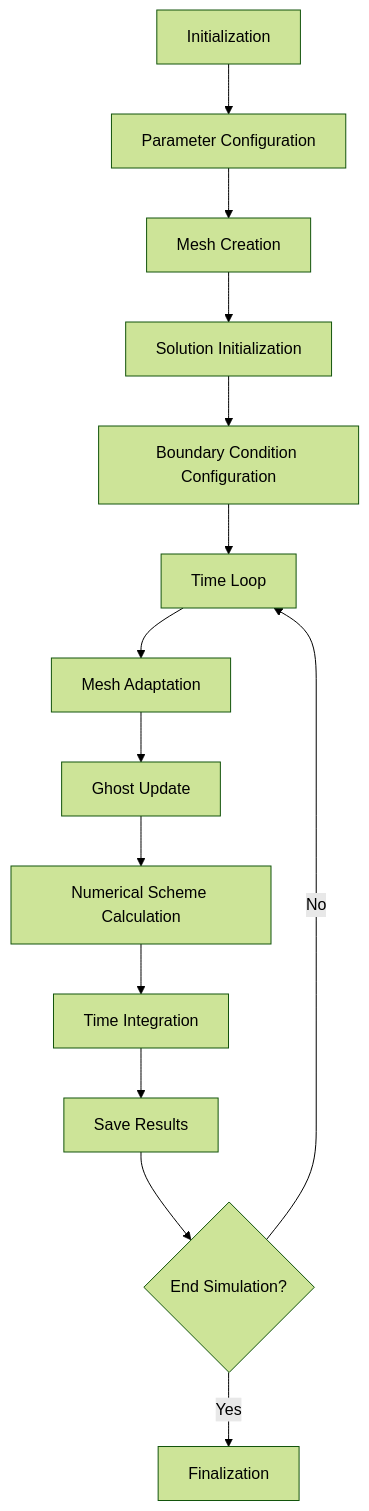
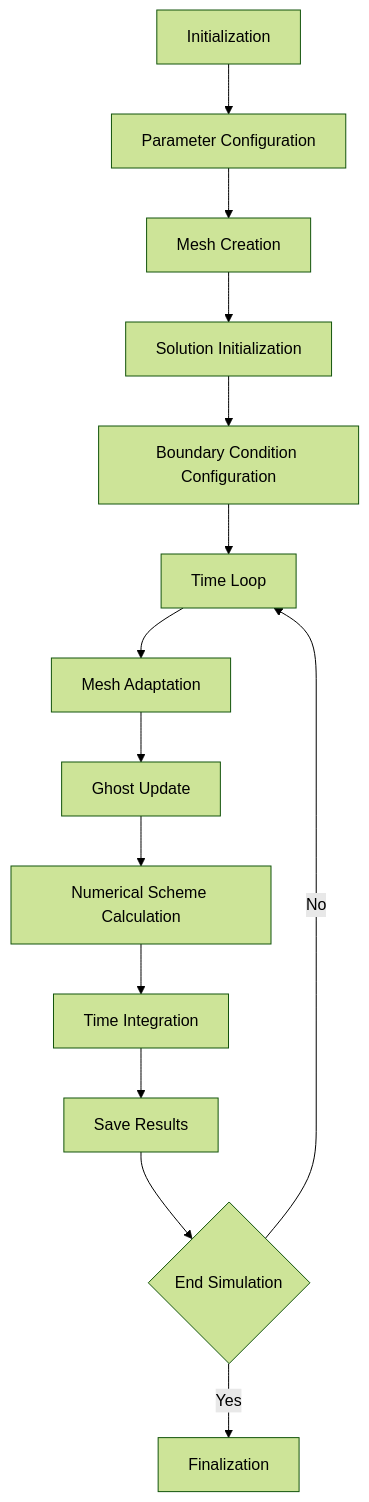
Before and after one commit to sbstndb/samurai: the third of 3 diagrams in docs/test_cases_advection_burgers.md, drawn with Mermaid (forest theme). The commit also changed other lines of this file, not shown here.

````diff
--- a/docs/test_cases_advection_burgers.md
+++ b/docs/test_cases_advection_burgers.md
@@ -397,17 +397,17 @@
 ```mermaid
 graph TD
     A[Initialization] --> B[Parameter Configuration]
     B --> C[Mesh Creation]
     C --> D[Solution Initialization]
     D --> E[Boundary Condition Configuration]
     E --> F[Time Loop]
     
     F --> G[Mesh Adaptation]
     G --> H[Ghost Update]
     H --> I[Numerical Scheme Calculation]
     I --> J[Time Integration]
     J --> K[Save Results]
-    K --> L{End Simulation?}
+    K --> L{End Simulation}
     L -->|No| F
     L -->|Yes| M[Finalization]
 ```
````
